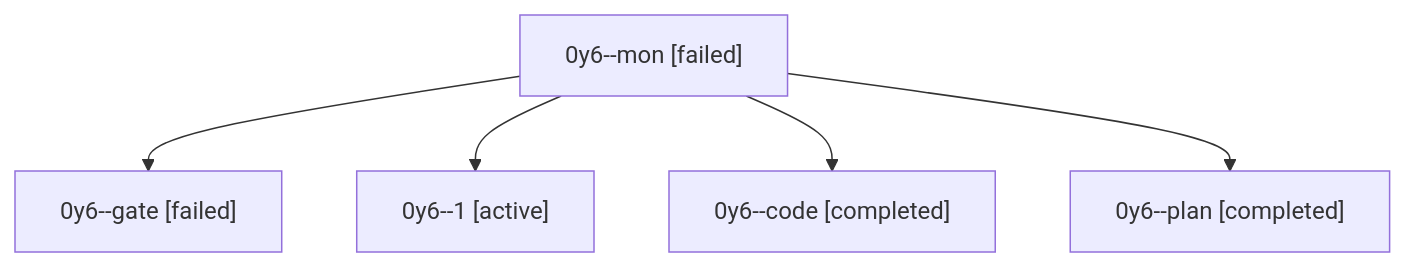
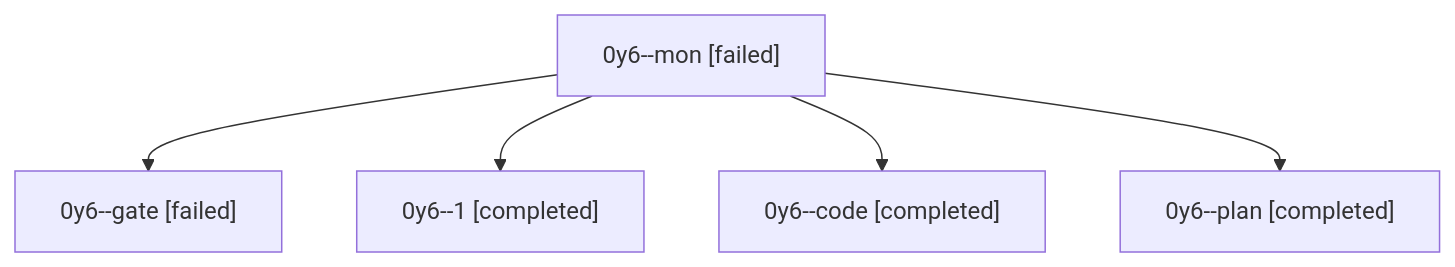
One commit to bobs-org/bob-cli--agents changed the diagram in sessions/bbugyi200.athena.0y6.md. Above: the diagram before and after it, drawn with Mermaid. The commit also changed other lines of this file and 16 other files, not shown here.

````diff
--- a/sessions/bbugyi200.athena.0y6.md
+++ b/sessions/bbugyi200.athena.0y6.md
@@ -9,12 +9,12 @@
 ```mermaid
 flowchart TD
   n0["0y6--mon [failed]"]
   n1["0y6--gate [failed]"]
   n0 --> n1
-  n2["0y6--1 [active]"]
+  n2["0y6--1 [completed]"]
   n0 --> n2
   n3["0y6--code [completed]"]
   n0 --> n3
   n4["0y6--plan [completed]"]
   n0 --> n4
 ```
````
